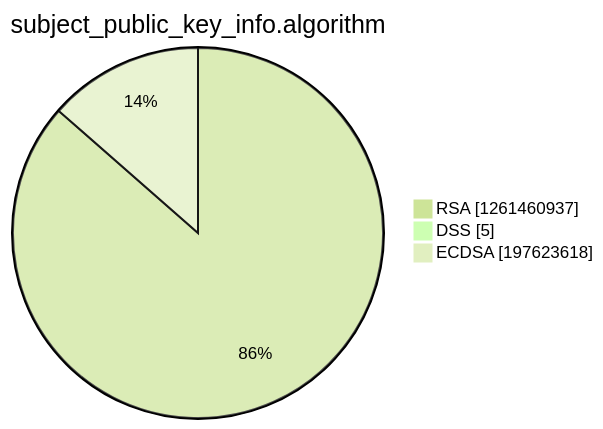
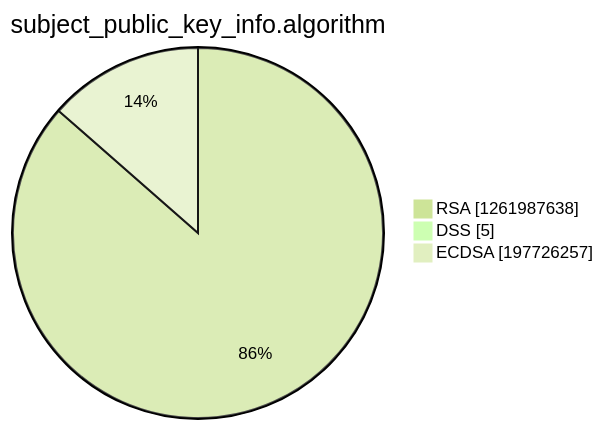
One commit to christiankrug/ctmonitor_visualization changed the third of 15 diagrams in argon2022/README.md. Above: the diagram before and after it, drawn with Mermaid (forest theme). The commit also changed other lines of this file, not shown here.

````diff
--- a/argon2022/README.md
+++ b/argon2022/README.md
@@ -14,7 +14,7 @@
 ```mermaid
 pie showData
 title subject_public_key_info.algorithm
-"RSA" :1261460937
+"RSA" :1261987638
 "DSS" :5
-"ECDSA" :197623618
+"ECDSA" :197726257
 ```
````
